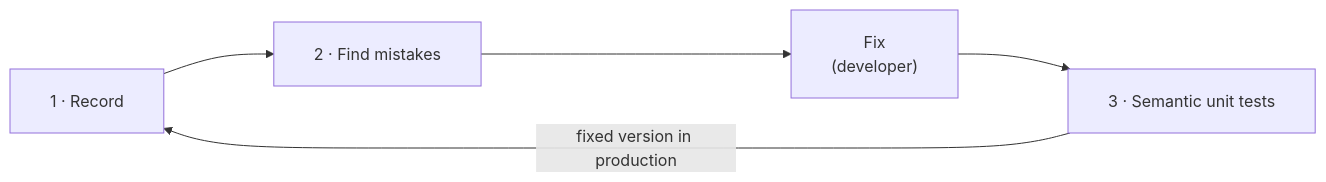
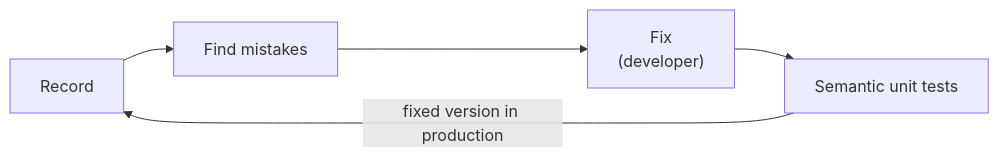
The diagram in README.md (GhassenAskri/TraceWolf), drawn with Mermaid before and after one commit. The commit also changed other lines of this file and 2 other files, not shown here.

````diff
--- a/README.md
+++ b/README.md
@@ -11,8 +13,7 @@
 ```mermaid
-%%{init: {"flowchart": {"nodeSpacing": 80, "rankSpacing": 110, "padding": 20}}}%%
 flowchart LR
-    R["1 · Record"] --> F["2 · Find mistakes"]
+    R["Record"] --> F["Find mistakes"]
     F --> X["Fix<br/>(developer)"]
-    X --> T["3 · Semantic unit tests"]
+    X --> T["Semantic unit tests"]
     T -- "fixed version in production" --> R
 ```
````
